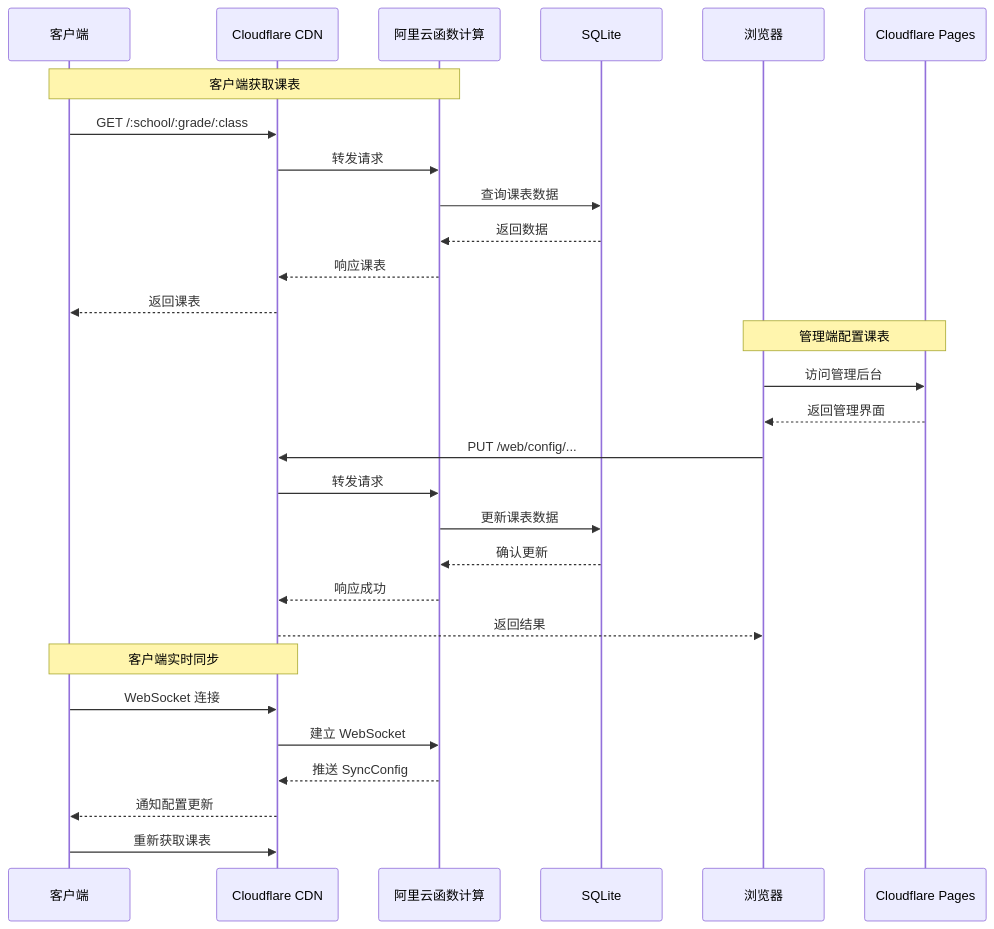
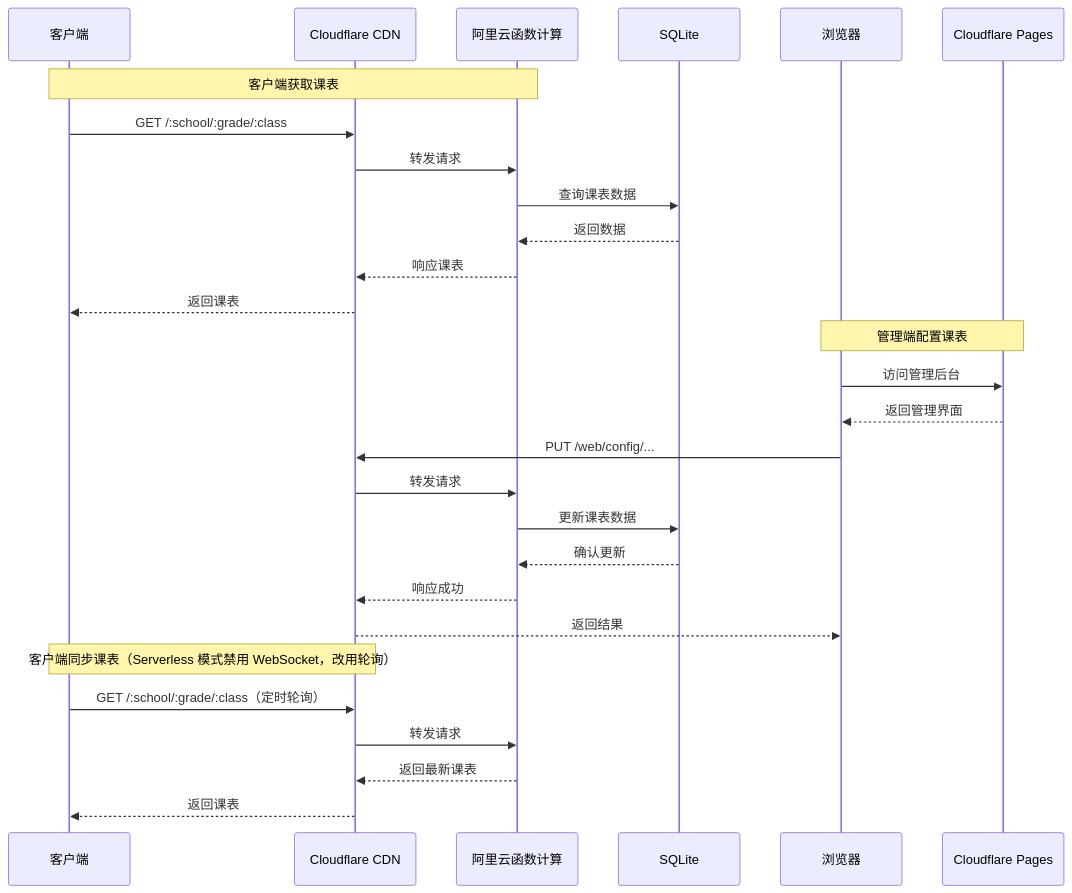
The second of 5 diagrams in docs/guide/lowcost/architecture.md (daizihan233/AstraScheduleDocs), drawn with Mermaid before and after one commit. The commit also changed other lines of this file and 103 other files, not shown here.

````diff
--- a/docs/guide/lowcost/architecture.md
+++ b/docs/guide/lowcost/architecture.md
@@ -38,34 +42,33 @@
 ```mermaid
 sequenceDiagram
     participant C as 客户端
     participant CF as Cloudflare CDN
     participant FC as 阿里云函数计算
     participant DB as SQLite
     participant B as 浏览器
     participant NL as Cloudflare Pages
     
     Note over C,FC: 客户端获取课表
     C->>CF: GET /:school/:grade/:class
     CF->>FC: 转发请求
     FC->>DB: 查询课表数据
     DB-->>FC: 返回数据
     FC-->>CF: 响应课表
     CF-->>C: 返回课表
     
     Note over B,NL: 管理端配置课表
     B->>NL: 访问管理后台
     NL-->>B: 返回管理界面
     B->>CF: PUT /web/config/...
     CF->>FC: 转发请求
     FC->>DB: 更新课表数据
     DB-->>FC: 确认更新
     FC-->>CF: 响应成功
     CF-->>B: 返回结果
     
-    Note over C,CF: 客户端实时同步
-    C->>CF: WebSocket 连接
-    CF->>FC: 建立 WebSocket
-    FC-->>CF: 推送 SyncConfig
-    CF-->>C: 通知配置更新
-    C->>CF: 重新获取课表
+    Note over C,CF: 客户端同步课表（Serverless 模式禁用 WebSocket，改用轮询）
+    C->>CF: GET /:school/:grade/:class（定时轮询）
+    CF->>FC: 转发请求
+    FC-->>CF: 返回最新课表
+    CF-->>C: 返回课表
 ```
````
